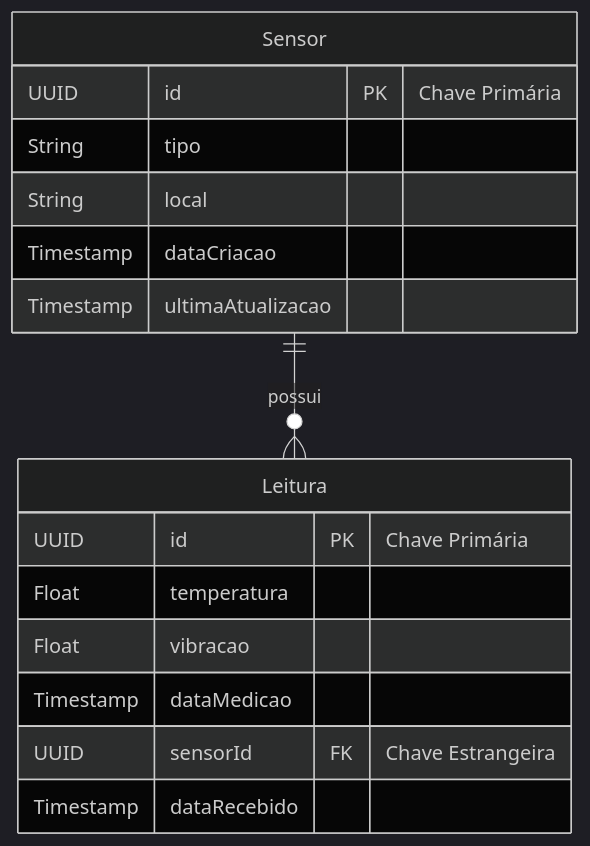
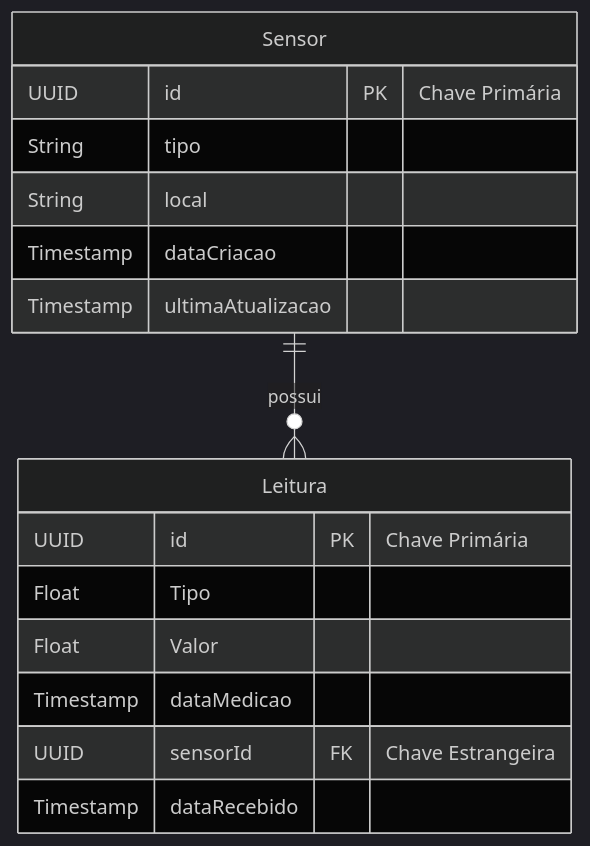
One commit to Ayrton01/SENSOR---API changed the diagram in Diagrama/Entidade_Relacionamento.mmd. Above: the diagram before and after it, drawn with Mermaid (dark theme).

```diff
--- a/Diagrama/Entidade_Relacionamento.mmd
+++ b/Diagrama/Entidade_Relacionamento.mmd
@@ -1,18 +1,18 @@
 erDiagram
     Sensor {
         UUID id PK "Chave Primária"
         String tipo
         String local
         Timestamp dataCriacao
         Timestamp ultimaAtualizacao
     }
     Leitura {
         UUID id PK "Chave Primária"
-        Float temperatura
-        Float vibracao
+        Float Tipo
+        Float Valor
         Timestamp dataMedicao
         UUID sensorId FK "Chave Estrangeira"
         Timestamp dataRecebido
     }
 
     Sensor ||--o{ Leitura : "possui"
```
